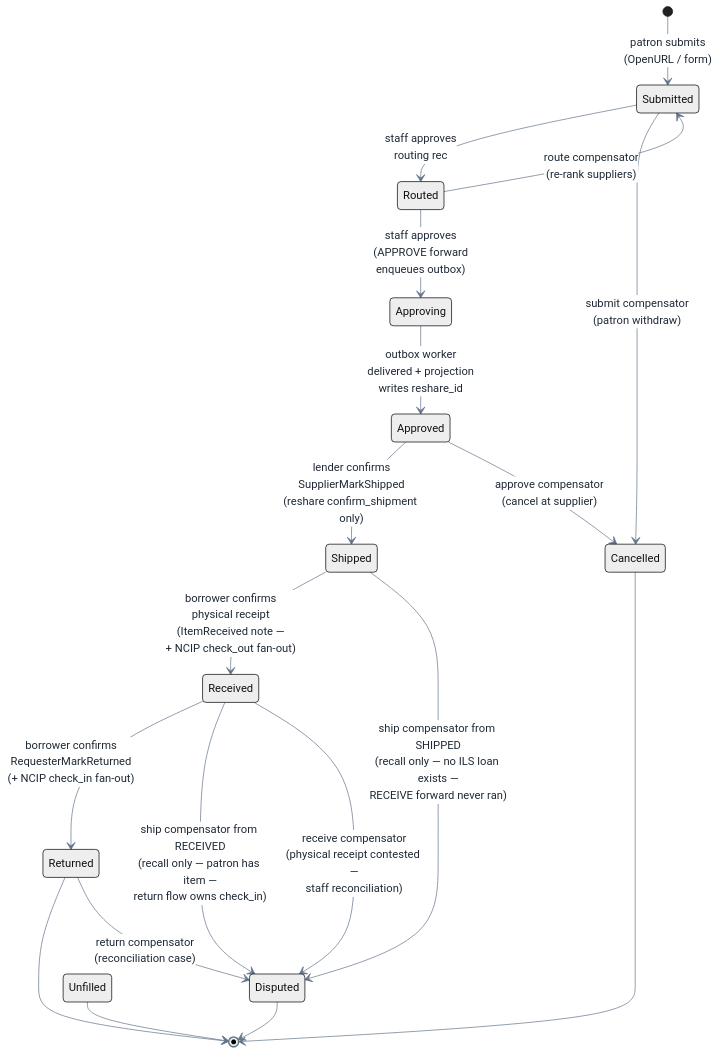
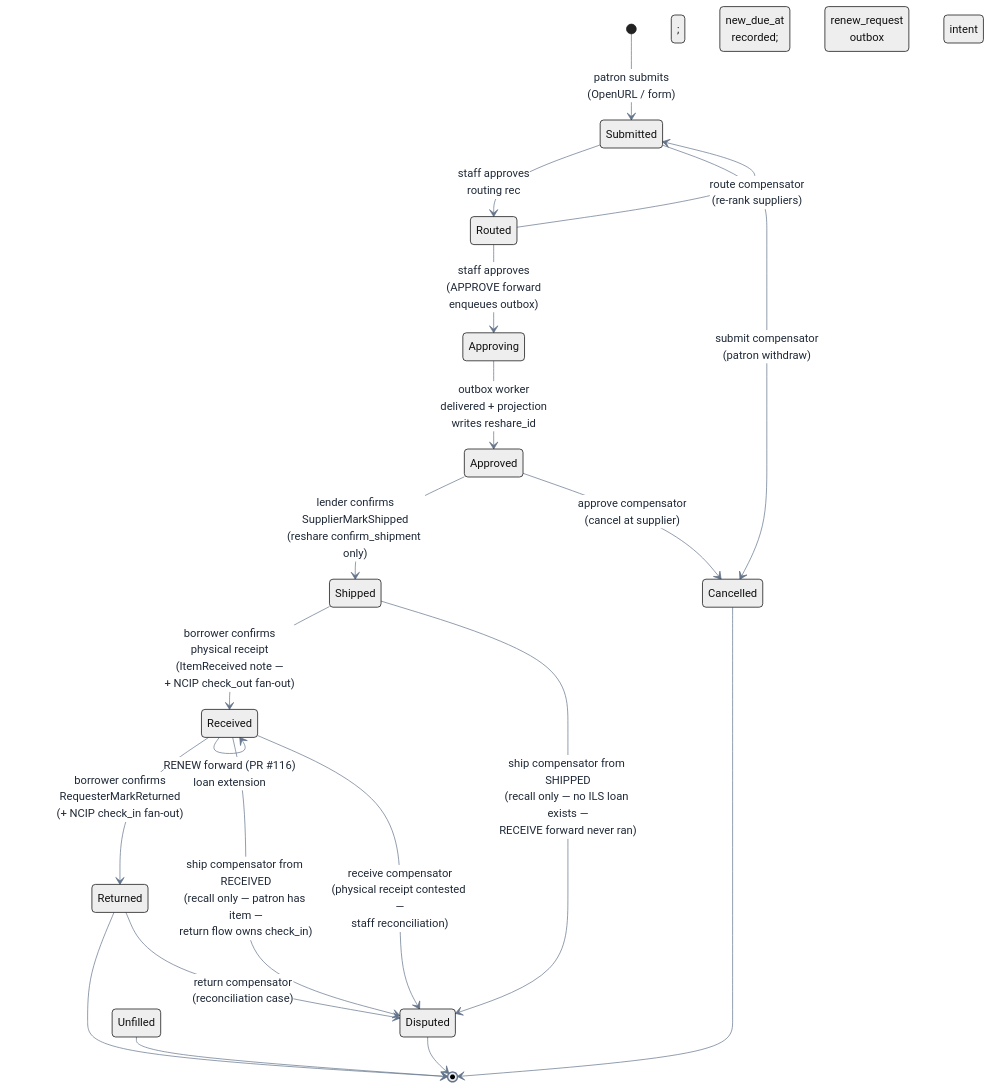
One commit to gmanch94/agora changed the second of 5 diagrams in docs/architecture.md. Above: the diagram before and after it, drawn with Mermaid. The commit also changed other lines of this file and 3 other files, not shown here.

````diff
--- a/docs/architecture.md
+++ b/docs/architecture.md
@@ -103,30 +119,31 @@
 ```mermaid
 ---
 config:
   theme: neutral
   themeVariables:
     lineColor: "#64748b"
     transitionColor: "#64748b"
     transitionLabelColor: "#1f2937"
 ---
 stateDiagram-v2
     [*] --> Submitted: patron submits<br/>(OpenURL / form)
     Submitted --> Routed: staff approves<br/>routing rec
     Routed --> Approving: staff approves<br/>(APPROVE forward<br/>enqueues outbox)
     Approving --> Approved: outbox worker<br/>delivered + projection<br/>writes reshare_id
     Approved --> Shipped: lender confirms<br/>SupplierMarkShipped<br/>(reshare confirm_shipment only)
     Shipped --> Received: borrower confirms<br/>physical receipt<br/>(ItemReceived note —<br/>+ NCIP check_out fan-out)
+    Received --> Received: RENEW forward (PR #116)<br/>loan extension; new_due_at<br/>recorded; renew_request<br/>outbox intent
     Received --> Returned: borrower confirms<br/>RequesterMarkReturned<br/>(+ NCIP check_in fan-out)
     Returned --> [*]
 
     Submitted --> Cancelled: submit compensator<br/>(patron withdraw)
     Routed --> Submitted: route compensator<br/>(re-rank suppliers)
     Approved --> Cancelled: approve compensator<br/>(cancel at supplier)
     Shipped --> Disputed: ship compensator from SHIPPED<br/>(recall only — no ILS loan exists —<br/>RECEIVE forward never ran)
     Received --> Disputed: ship compensator from RECEIVED<br/>(recall only — patron has item —<br/>return flow owns check_in)
     Received --> Disputed: receive compensator<br/>(physical receipt contested —<br/>staff reconciliation)
     Returned --> Disputed: return compensator<br/>(reconciliation case)
     Cancelled --> [*]
     Unfilled --> [*]
     Disputed --> [*]
 ```
````
